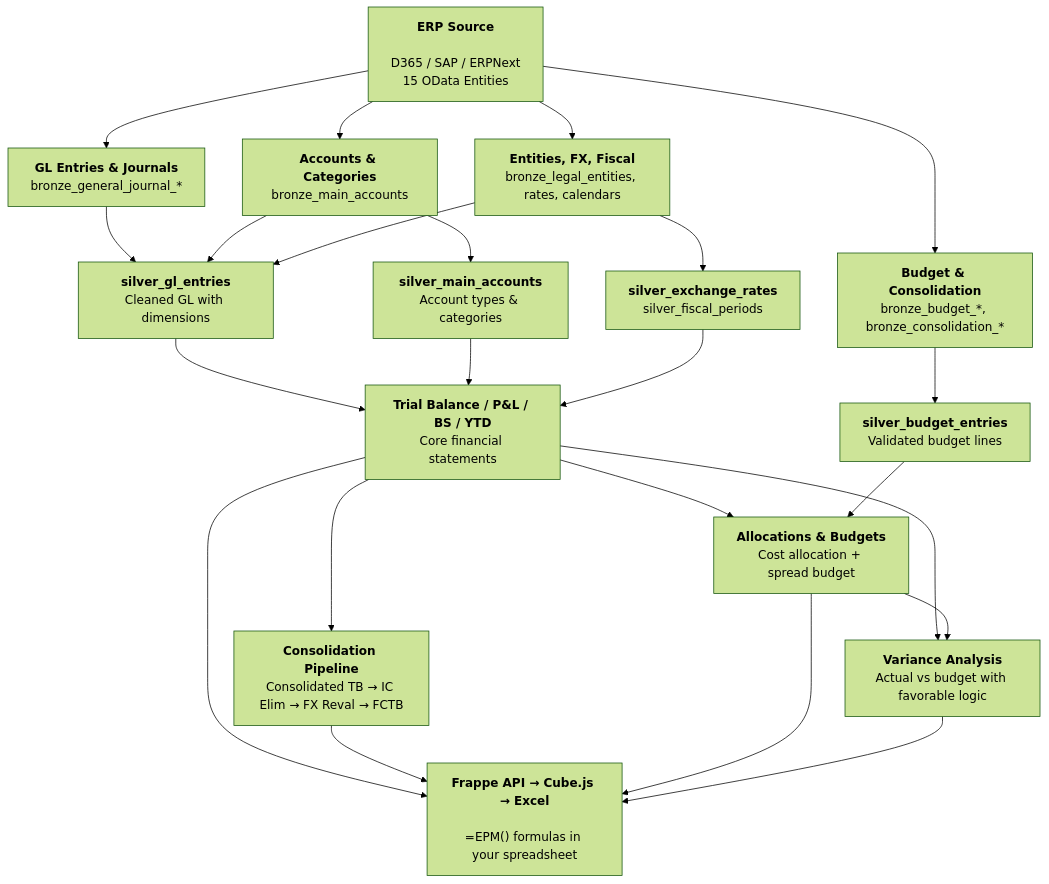
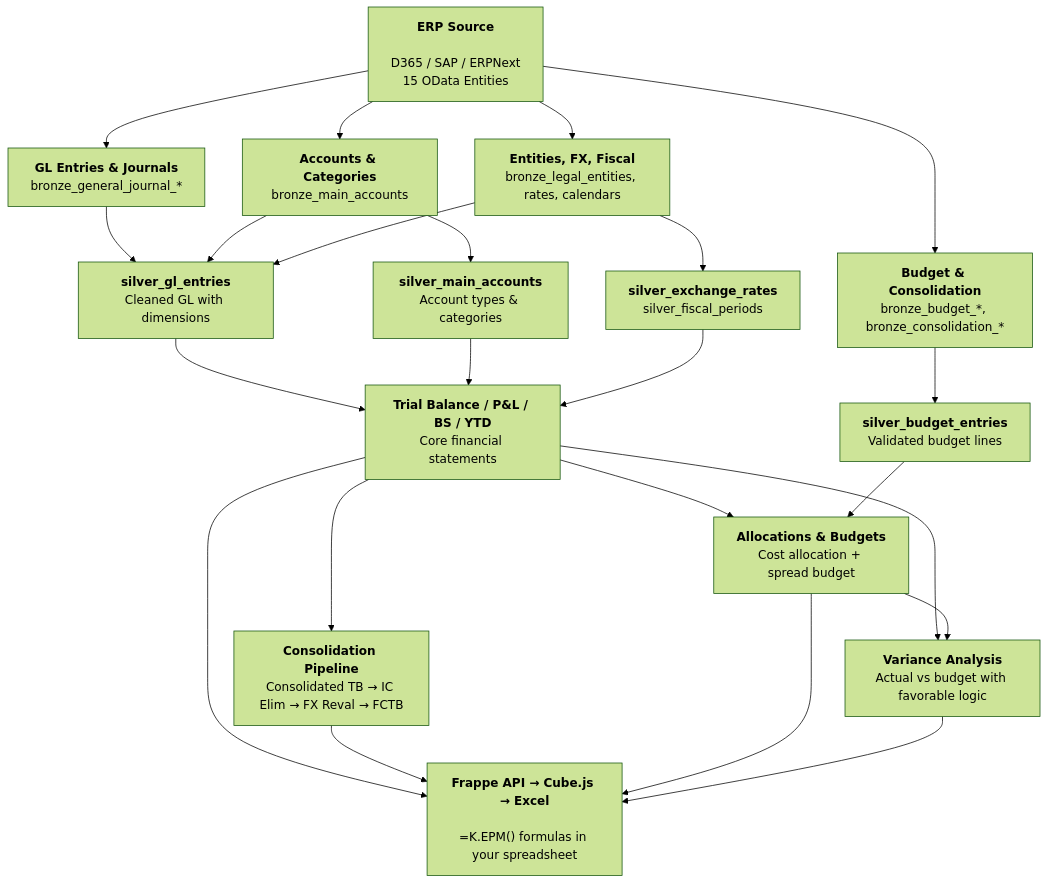
One commit to grynn-in/konsolidat changed the diagram in docs/data-dictionary/data-dictionary-overview.md. Above: the diagram before and after it, drawn with Mermaid (forest theme). The commit also changed 39 other files, not shown here.

````diff
--- a/docs/data-dictionary/data-dictionary-overview.md
+++ b/docs/data-dictionary/data-dictionary-overview.md
@@ -17,36 +17,36 @@
 ```mermaid
 graph TD
     ERP["<b>ERP Source</b><br/><br/>D365 / SAP / ERPNext<br/>15 OData Entities"]
 
     ERP --> B1 & B2 & B3 & B4
 
     B1["<b>GL Entries & Journals</b><br/>bronze_general_journal_*"]
     B2["<b>Accounts & Categories</b><br/>bronze_main_accounts"]
     B3["<b>Entities, FX, Fiscal</b><br/>bronze_legal_entities, rates, calendars"]
     B4["<b>Budget & Consolidation</b><br/>bronze_budget_*, bronze_consolidation_*"]
 
     B1 & B2 & B3 --> S1
     B2 --> S2
     B3 --> S3
     B4 --> S4
 
     S1["<b>silver_gl_entries</b><br/>Cleaned GL with dimensions"]
     S2["<b>silver_main_accounts</b><br/>Account types & categories"]
     S3["<b>silver_exchange_rates</b><br/>silver_fiscal_periods"]
     S4["<b>silver_budget_entries</b><br/>Validated budget lines"]
 
     S1 & S2 & S3 --> G1
     G1 --> G2
     G1 --> G3
     S4 --> G3
     G1 & G3 --> G4
 
     G1["<b>Trial Balance / P&L / BS / YTD</b><br/>Core financial statements"]
     G2["<b>Consolidation Pipeline</b><br/>Consolidated TB → IC Elim → FX Reval → FCTB"]
     G3["<b>Allocations & Budgets</b><br/>Cost allocation + spread budget"]
     G4["<b>Variance Analysis</b><br/>Actual vs budget with favorable logic"]
 
     G1 & G2 & G3 & G4 --> API
 
-    API["<b>Frappe API → Cube.js → Excel</b><br/><br/>=EPM() formulas in your spreadsheet"]
+    API["<b>Frappe API → Cube.js → Excel</b><br/><br/>=K.EPM() formulas in your spreadsheet"]
 ```
````
